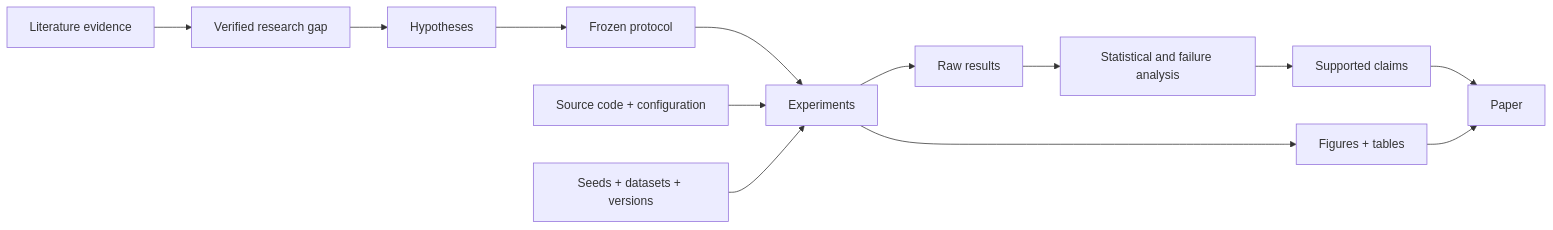
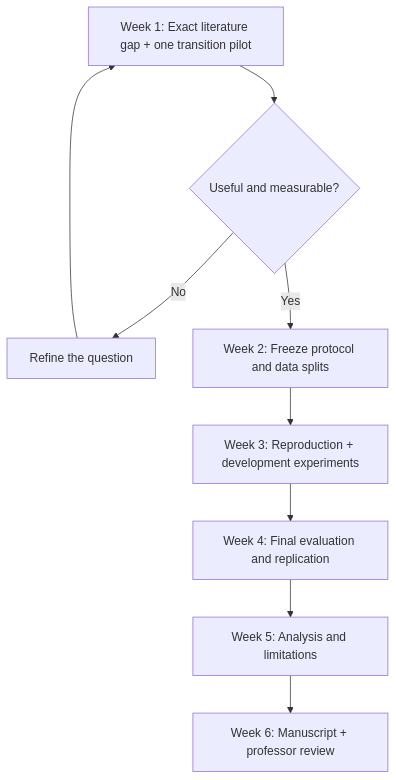
The second of 2 diagrams in README.md (Marshmellow31/gps-denied-drone-navigation), drawn with Mermaid before and after one commit. The commit also changed other lines of this file and 7 other files, not shown here.

````diff
--- a/README.md
+++ b/README.md
@@ -94,16 +54,11 @@
 ```mermaid
-flowchart LR
-    L[Literature evidence] --> G[Verified research gap]
-    G --> H[Hypotheses]
-    H --> P[Frozen protocol]
-    P --> X[Experiments]
-    X --> R[Raw results]
-    R --> A[Statistical and failure analysis]
-    A --> C[Supported claims]
-    C --> W[Paper]
-
-    S[Source code + configuration] --> X
-    D[Seeds + datasets + versions] --> X
-    X --> F[Figures + tables]
-    F --> W
+flowchart TD
+    A[Week 1: Exact literature gap + one transition pilot] --> B{Useful and measurable?}
+    B -- No --> C[Refine the question]
+    C --> A
+    B -- Yes --> D[Week 2: Freeze protocol and data splits]
+    D --> E[Week 3: Reproduction + development experiments]
+    E --> F[Week 4: Final evaluation and replication]
+    F --> G[Week 5: Analysis and limitations]
+    G --> H[Week 6: Manuscript + professor review]
 ```
````
